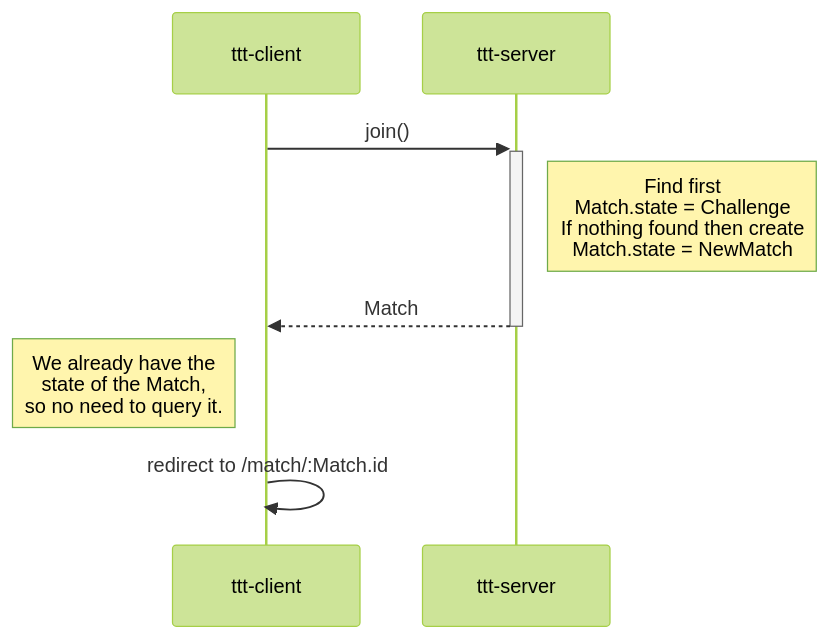
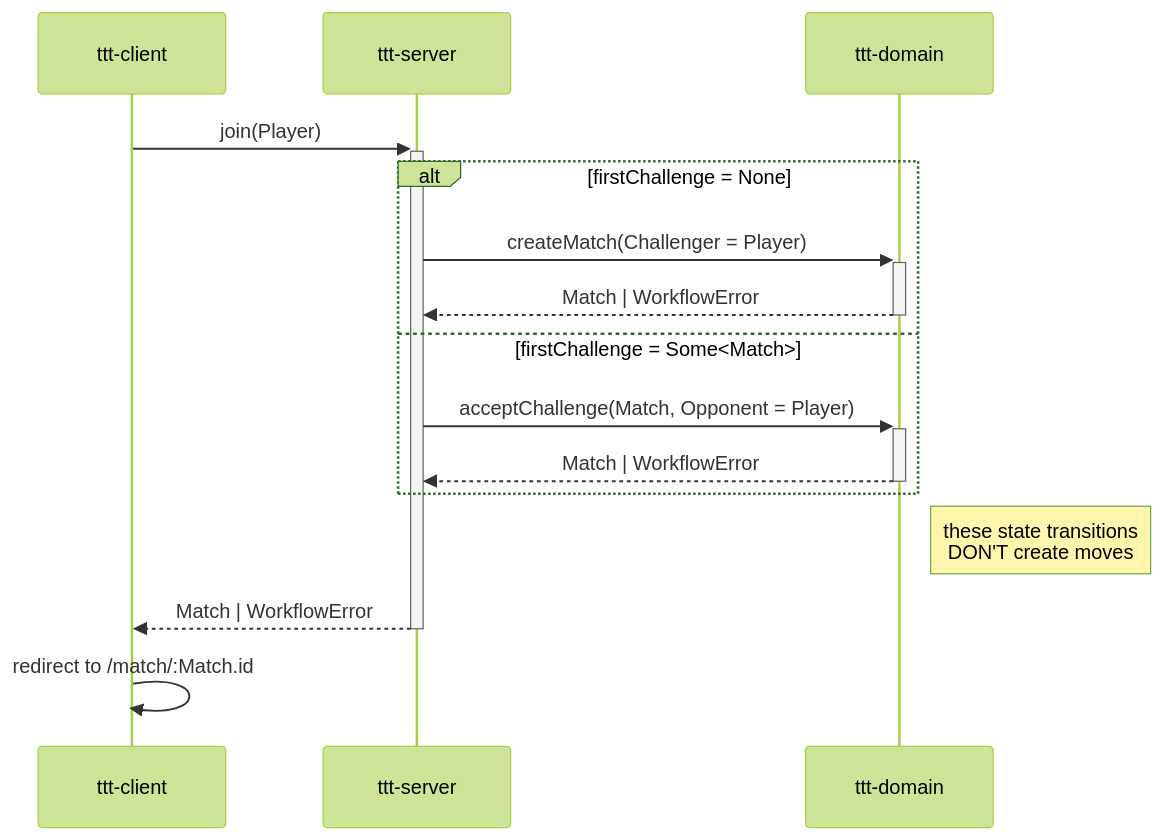
One commit to grancalavera/ttt changed the first of 3 diagrams in README.md. Above: the diagram before and after it, drawn with Mermaid (forest theme). The commit also changed other lines of this file and 2 other files, not shown here.

Commit message:
improve sequence diagrams

````diff
--- a/README.md
+++ b/README.md
@@ -5,12 +5,24 @@
 ```mermaid
 sequenceDiagram
-  participant C as ttt-client
-  participant S as ttt-server
+  participant c as ttt-client
+  participant s as ttt-server
+  participant d as ttt-domain
 
-  C->>+S: join()
-  note right of S: Find first <br/>Match.state = Challenge<br/> If nothing found then create<br/>Match.state = NewMatch
-  S-->>-C: Match
 
-  note left of C: We already have the <br />state of the Match,<br />so no need to query it.
-  C->>C: redirect to /match/:Match.id
+  c->>+s: join(Player)
+
+    alt firstChallenge = None
+      s->>+d: createMatch(Challenger = Player)
+      d-->>-s: Match | WorkflowError
+
+    else firstChallenge = Some<Match>
+      s->>+d: acceptChallenge(Match, Opponent = Player)
+
+      d-->>-s: Match | WorkflowError
+    end
+      note right of d: these state transitions <br /> DON'T create moves
+
+  s-->>-c: Match | WorkflowError
+
+  c->>c: redirect to /match/:Match.id
 ```
````
